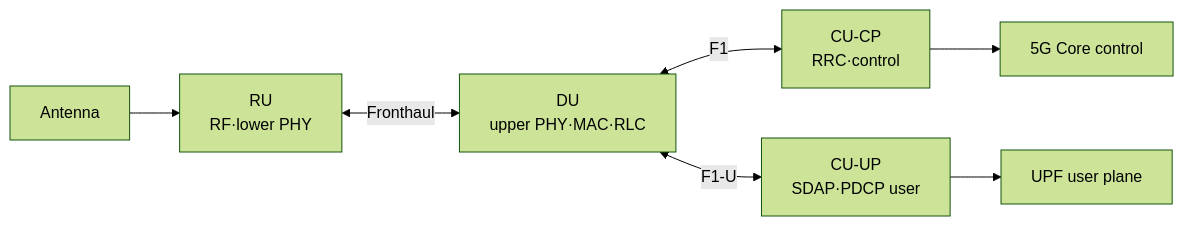
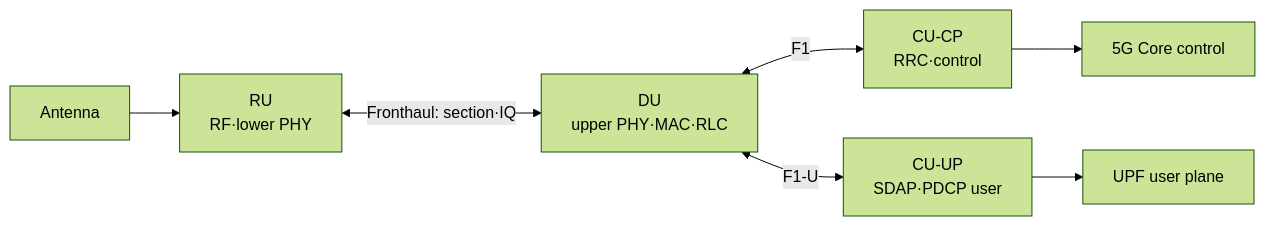
The diagram in learning/wireless-communications/12-ran-splits-fronthaul-and-cloud.md (mj006648/netai-devsecops-runbook), drawn with Mermaid (forest theme) before and after one commit. The commit also changed other lines of this file and 24 other files, not shown here.

````diff
--- a/learning/wireless-communications/12-ran-splits-fronthaul-and-cloud.md
+++ b/learning/wireless-communications/12-ran-splits-fronthaul-and-cloud.md
@@ -91,9 +19,9 @@
 ```mermaid
 flowchart LR
     ANT["Antenna"] --> RU["RU<br/>RF·lower PHY"]
-    RU <-->|"Fronthaul"| DU["DU<br/>upper PHY·MAC·RLC"]
+    RU <-->|"Fronthaul: section·IQ"| DU["DU<br/>upper PHY·MAC·RLC"]
     DU <-->|"F1"| CUCP["CU-CP<br/>RRC·control"]
     DU <-->|"F1-U"| CUUP["CU-UP<br/>SDAP·PDCP user"]
     CUCP --> CORE["5G Core control"]
     CUUP --> UPF["UPF user plane"]
 ```
````
